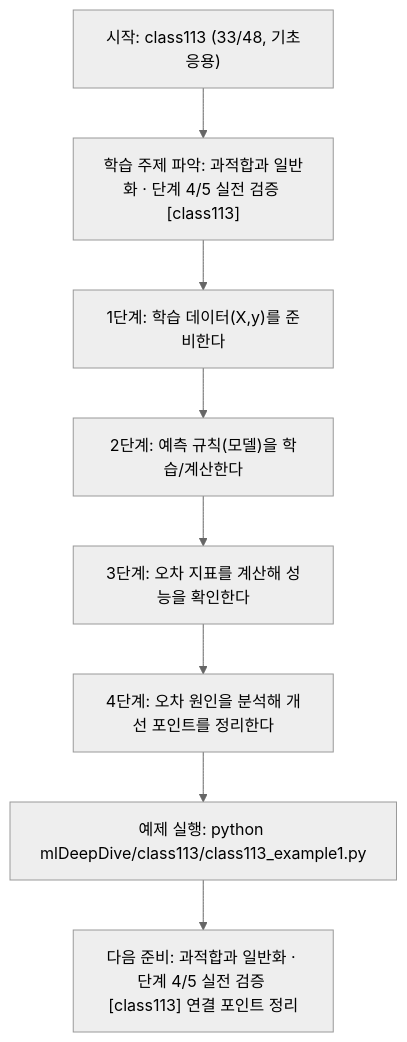
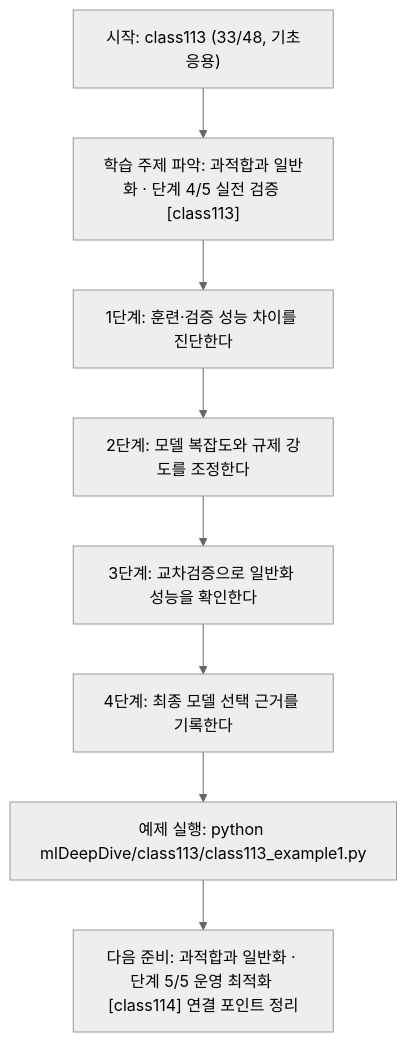
Before and after one commit to edumgt/Python-AI_Agent-Class: the diagram in mlDeepDive/class113/class113.md, drawn with Mermaid (neutral theme). The commit also changed other lines of this file and 338 other files, not shown here.

````diff
--- a/mlDeepDive/class113/class113.md
+++ b/mlDeepDive/class113/class113.md
@@ -109,18 +91,18 @@
 ```mermaid
 flowchart TD
 N1["시작: class113 (33/48, 기초응용)"]
 N2["학습 주제 파악: 과적합과 일반화 · 단계 4/5 실전 검증 [class113]"]
-N3["1단계: 학습 데이터(X,y)를 준비한다"]
-N4["2단계: 예측 규칙(모델)을 학습/계산한다"]
-N5["3단계: 오차 지표를 계산해 성능을 확인한다"]
-N6["4단계: 오차 원인을 분석해 개선 포인트를 정리한다"]
+N3["1단계: 훈련·검증 성능 차이를 진단한다"]
+N4["2단계: 모델 복잡도와 규제 강도를 조정한다"]
+N5["3단계: 교차검증으로 일반화 성능을 확인한다"]
+N6["4단계: 최종 모델 선택 근거를 기록한다"]
 N7["예제 실행: python mlDeepDive/class113/class113_example1.py"]
-N8["다음 준비: 과적합과 일반화 · 단계 4/5 실전 검증 [class113] 연결 포인트 정리"]
+N8["다음 준비: 과적합과 일반화 · 단계 5/5 운영 최적화 [class114] 연결 포인트 정리"]
 N1 --> N2
 N2 --> N3
 N3 --> N4
 N4 --> N5
 N5 --> N6
 N6 --> N7
 N7 --> N8
 ```
````
